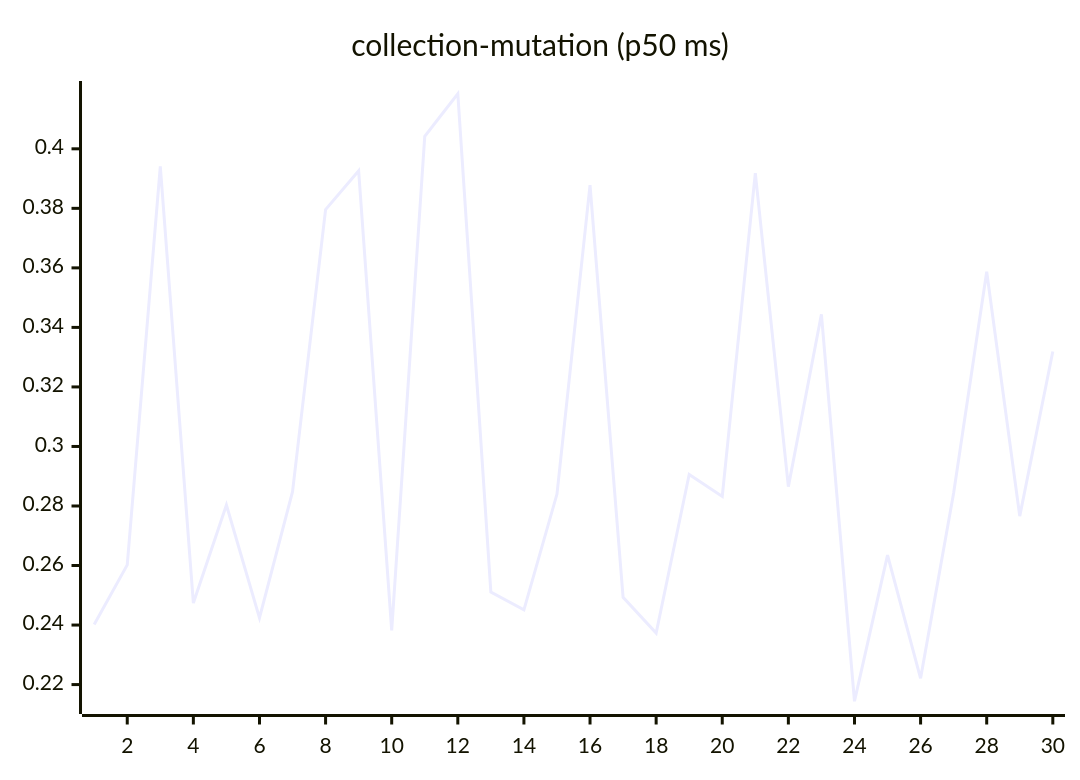
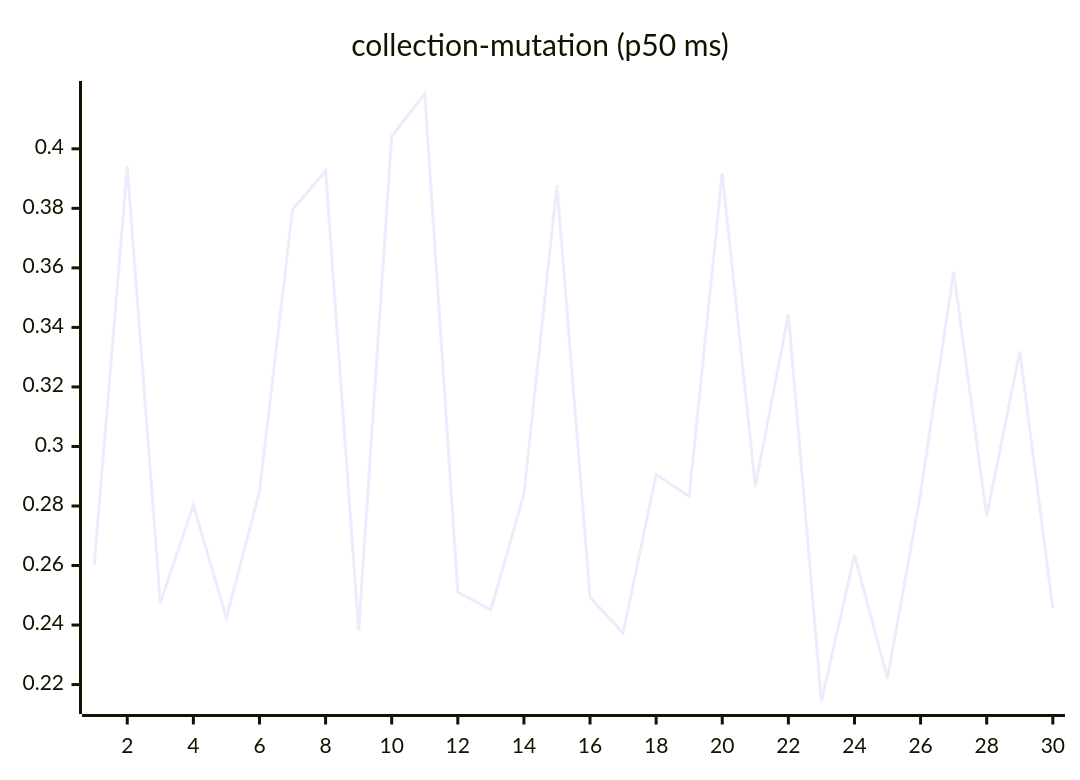
The sixth of 27 diagrams in README.md (josha/Facet), drawn with Mermaid before and after one commit. The commit also changed other lines of this file and 2 other files, not shown here.

````diff
--- a/README.md
+++ b/README.md
@@ -98,6 +98,6 @@
 ```mermaid
 xychart-beta
     title "collection-mutation (p50 ms)"
     x-axis 1 --> 30
-    line [0.2402, 0.2602, 0.3941, 0.2474, 0.2803, 0.2424, 0.2848, 0.3796, 0.3926, 0.2382, 0.4042, 0.4185, 0.2511, 0.2451, 0.2840, 0.3878, 0.2493, 0.2373, 0.2906, 0.2832, 0.3918, 0.2865, 0.3444, 0.2144, 0.2635, 0.2221, 0.2844, 0.3587, 0.2766, 0.3319]
+    line [0.2602, 0.3941, 0.2474, 0.2803, 0.2424, 0.2848, 0.3796, 0.3926, 0.2382, 0.4042, 0.4185, 0.2511, 0.2451, 0.2840, 0.3878, 0.2493, 0.2373, 0.2906, 0.2832, 0.3918, 0.2865, 0.3444, 0.2144, 0.2635, 0.2221, 0.2844, 0.3587, 0.2766, 0.3319, 0.2457]
 ```
````
